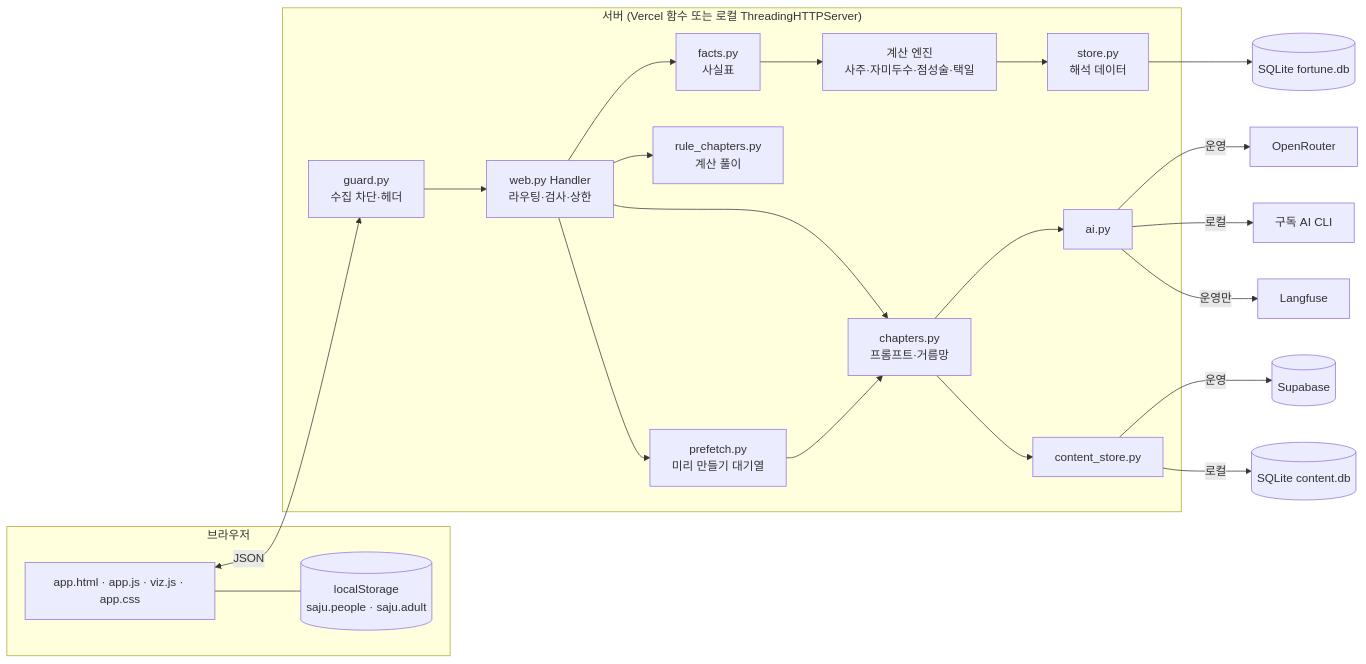
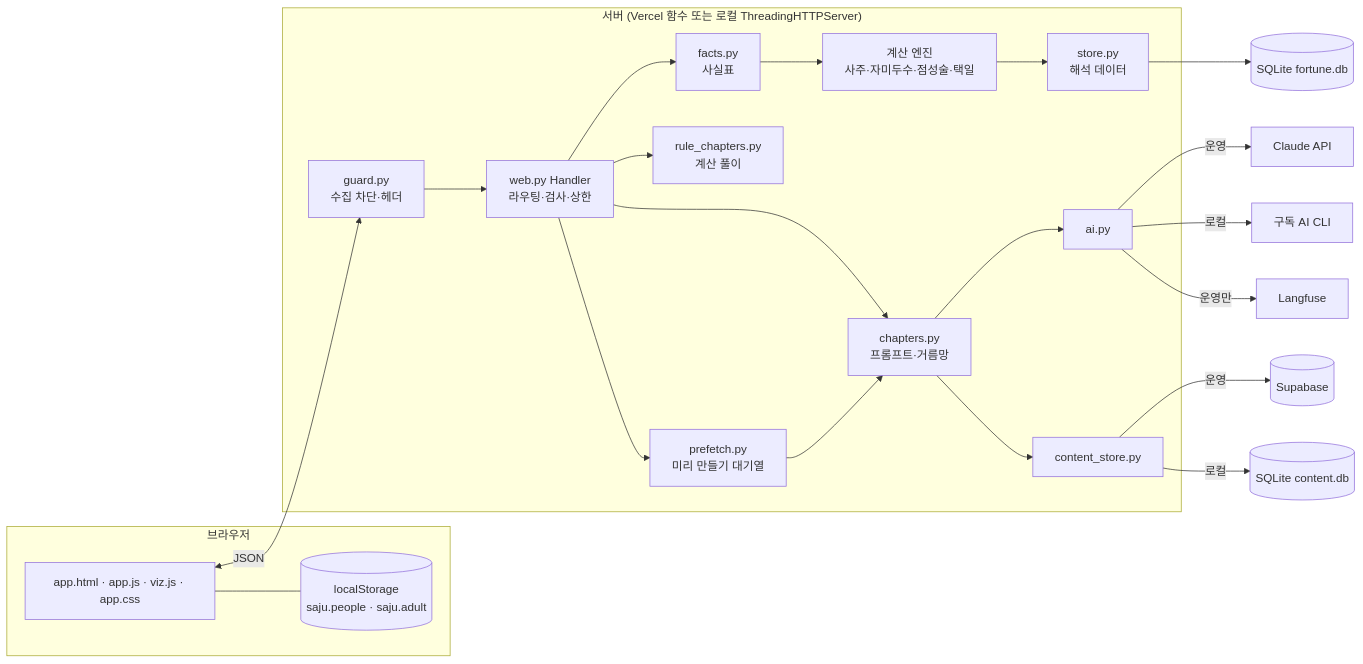
Before and after one commit to seungwook-kim/saju-agent: the first of 4 diagrams in docs/SDD.md, drawn with Mermaid. The commit also changed other lines of this file and 8 other files, not shown here.

Commit message:
운영 AI 를 Claude API(Haiku 5.5)로: anthropic 방식, 생각 끔, 챕터 3,000·상담 1,200 토큰, 잘린 JSON 은 실패로

````diff
--- a/docs/SDD.md
+++ b/docs/SDD.md
@@ -20,33 +20,33 @@
 ```mermaid
 flowchart LR
   subgraph 브라우저
     UI[app.html · app.js · viz.js · app.css]
     LS[(localStorage<br/>saju.people · saju.adult)]
   end
   subgraph 서버["서버 (Vercel 함수 또는 로컬 ThreadingHTTPServer)"]
     G[guard.py<br/>수집 차단·헤더]
     W[web.py Handler<br/>라우팅·검사·상한]
     F[facts.py<br/>사실표]
     E[계산 엔진<br/>사주·자미두수·점성술·택일]
     R[rule_chapters.py<br/>계산 풀이]
     C[chapters.py<br/>프롬프트·거름망]
     P[prefetch.py<br/>미리 만들기 대기열]
     A[ai.py]
     CS[content_store.py]
     ST[store.py<br/>해석 데이터]
   end
   UI <-->|JSON| G --> W
   UI --- LS
   W --> F --> E
   W --> R
   W --> C --> A
   W --> P --> C
   C --> CS
   E --> ST
-  A -->|운영| OR[OpenRouter]
+  A -->|운영| OR[Claude API]
   A -->|로컬| CLI[구독 AI CLI]
   A -->|운영만| LF[Langfuse]
   CS -->|운영| SB[(Supabase)]
   CS -->|로컬| SQ[(SQLite content.db)]
   ST --> FDB[(SQLite fortune.db)]
 ```
````
